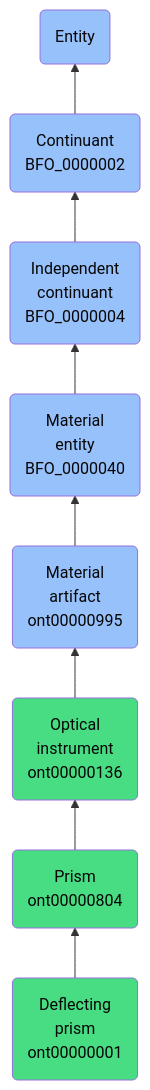
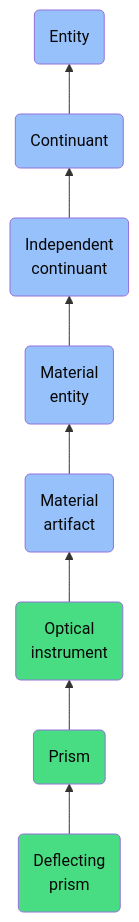
The diagram in docs/ontology/reference/model/Entity/Continuant/Independent continuant/Material entity/Material artifact/Optical instrument/Prism/Deflecting prism/Deflecting prism.md (jupyter-naas/abi), drawn with Mermaid before and after one commit. The commit also changed other lines of this file and 1430 other files, not shown here.

````diff
--- a/docs/ontology/reference/model/Entity/Continuant/Independent continuant/Material entity/Material artifact/Optical instrument/Prism/Deflecting prism/Deflecting prism.md
+++ b/docs/ontology/reference/model/Entity/Continuant/Independent continuant/Material entity/Material artifact/Optical instrument/Prism/Deflecting prism/Deflecting prism.md
@@ -24,15 +24,15 @@
 ```mermaid
 graph BT
-    ont00000001(Deflecting<br>prism<br>ont00000001):::ABI-->ont00000804
-    ont00000804(Prism<br>ont00000804):::ABI-->ont00000136
-    ont00000136(Optical<br>instrument<br>ont00000136):::ABI-->ont00000995
-    ont00000995(Material<br>artifact<br>ont00000995):::BFO-->BFO_0000040
-    BFO_0000040(Material<br>entity<br>BFO_0000040):::BFO-->BFO_0000004
-    BFO_0000004(Independent<br>continuant<br>BFO_0000004):::BFO-->BFO_0000002
-    BFO_0000002(Continuant<br>BFO_0000002):::BFO-->BFO_0000001
+    ont00000001(Deflecting<br>prism):::ABI-->ont00000804
+    ont00000804(Prism):::ABI-->ont00000136
+    ont00000136(Optical<br>instrument):::ABI-->ont00000995
+    ont00000995(Material<br>artifact):::BFO-->BFO_0000040
+    BFO_0000040(Material<br>entity):::BFO-->BFO_0000004
+    BFO_0000004(Independent<br>continuant):::BFO-->BFO_0000002
+    BFO_0000002(Continuant):::BFO-->BFO_0000001
     BFO_0000001(Entity):::BFO
     
     classDef BFO fill:#97c1fb,color:#060606
     classDef CCO fill:#e4c51e,color:#060606
     classDef ABI fill:#48DD82,color:#060606
 ```
````
